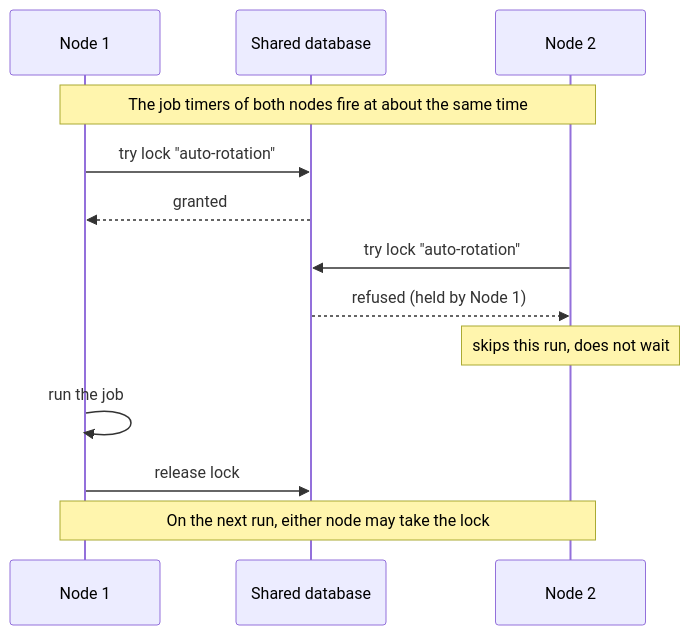
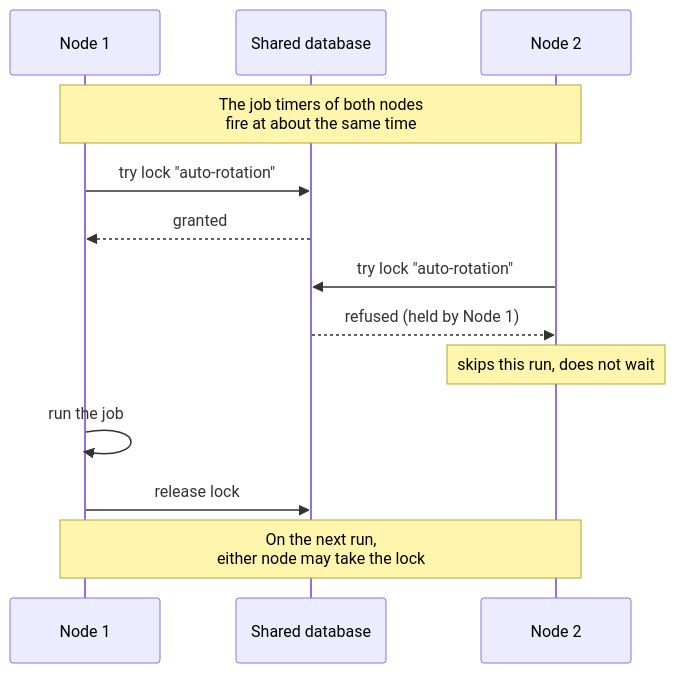
The second of 3 diagrams in documentation/docs/installation/cluster_coordination.md (Cosmian/kms), drawn with Mermaid before and after one commit. The commit also changed other lines of this file and 2 other files, not shown here.

First line of the commit message:
docs: wrap the Mermaid labels to the repository width limits (#1366)

````diff
--- a/documentation/docs/installation/cluster_coordination.md
+++ b/documentation/docs/installation/cluster_coordination.md
@@ -54,16 +54,16 @@
 ```mermaid
 sequenceDiagram
     participant A as Node 1
     participant DB as Shared database
     participant B as Node 2
 
-    Note over A,B: The job timers of both nodes fire at about the same time
+    Note over A,B: The job timers of both nodes<br/>fire at about the same time
     A->>DB: try lock "auto-rotation"
     DB-->>A: granted
     B->>DB: try lock "auto-rotation"
     DB-->>B: refused (held by Node 1)
     Note over B: skips this run, does not wait
     A->>A: run the job
     A->>DB: release lock
-    Note over A,B: On the next run, either node may take the lock
+    Note over A,B: On the next run,<br/>either node may take the lock
 ```
````
